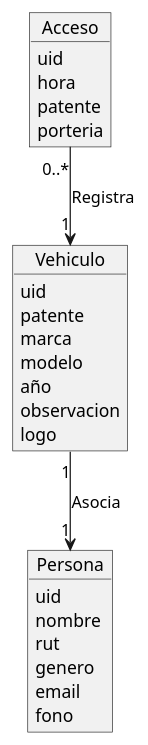
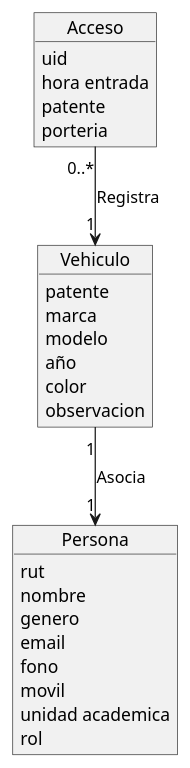
The diagram in domain-diagram.plantuml (patoarayas/ucn-parking), drawn with PlantUML before and after one commit.

Commit message:
docs(domain-diagram): update attributes

```diff
--- a/domain-diagram.plantuml
+++ b/domain-diagram.plantuml
@@ -1,31 +1,35 @@
 @startuml diagram
 
 object Persona {
- uid
+
+ rut
  nombre
- rut
  genero
  email
  fono
+ movil
+ unidad academica
+ rol
 }
 
 object Vehiculo {
- uid
+
  patente
  marca
  modelo
  año
+ color
  observacion
- logo
+
 }
 
 object Acceso {
  uid
- hora
+ hora entrada
  patente
  porteria
 }
 
 Acceso "0..*" --> "1" Vehiculo: Registra
 Vehiculo "1" --> "1" Persona: Asocia
 @enduml
```
